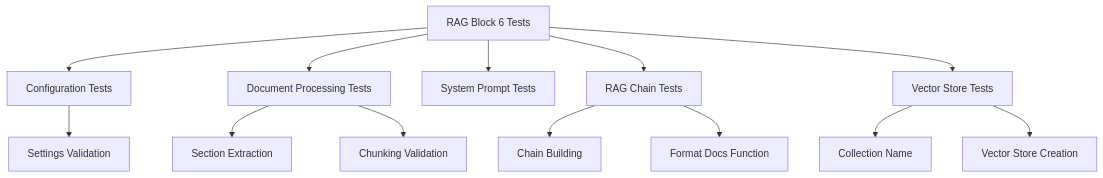
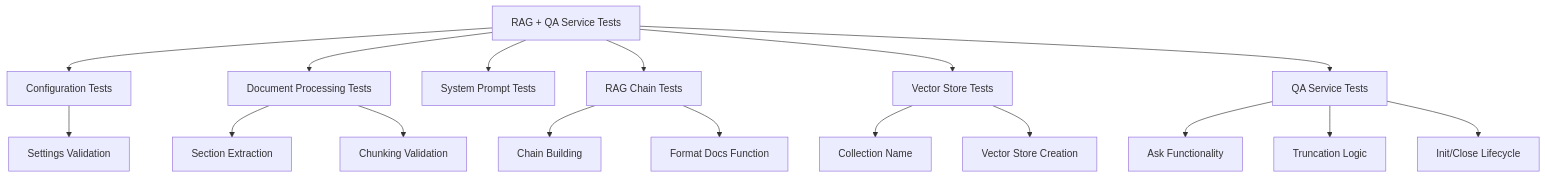
One commit to ognelis/cafetera_hr_bot changed diagram 11 of 11 in .qoder/repowiki/en/content/RAG Integration.md. Above: the diagram before and after it, drawn with Mermaid. The commit also changed other lines of this file and 8 other files, not shown here.

````diff
--- a/.qoder/repowiki/en/content/RAG Integration.md
+++ b/.qoder/repowiki/en/content/RAG Integration.md
@@ -453,15 +537,19 @@
 ```mermaid
 graph TB
-TestSuite["RAG Block 6 Tests"] --> ConfigTests["Configuration Tests"]
+TestSuite["RAG + QA Service Tests"] --> ConfigTests["Configuration Tests"]
 TestSuite --> DocxTests["Document Processing Tests"]
 TestSuite --> PromptTests["System Prompt Tests"]
 TestSuite --> ChainTests["RAG Chain Tests"]
 TestSuite --> VectorTests["Vector Store Tests"]
+TestSuite --> QATests["QA Service Tests"]
 ConfigTests --> SettingsValidation["Settings Validation"]
 DocxTests --> SectionExtraction["Section Extraction"]
 DocxTests --> ChunkingValidation["Chunking Validation"]
 ChainTests --> ChainBuilding["Chain Building"]
 ChainTests --> FormatDocs["Format Docs Function"]
 VectorTests --> CollectionName["Collection Name"]
 VectorTests --> VectorStoreCreation["Vector Store Creation"]
+QATests --> AskFunctionality["Ask Functionality"]
+QATests --> TruncationLogic["Truncation Logic"]
+QATests --> InitCloseLifecycle["Init/Close Lifecycle"]
 ```
````
